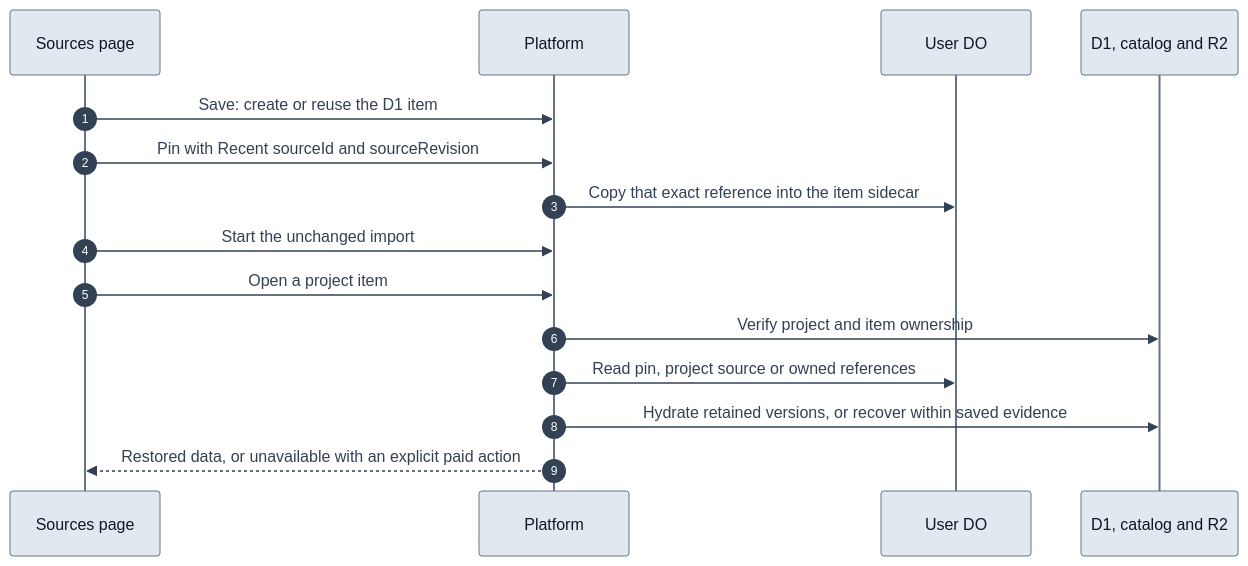
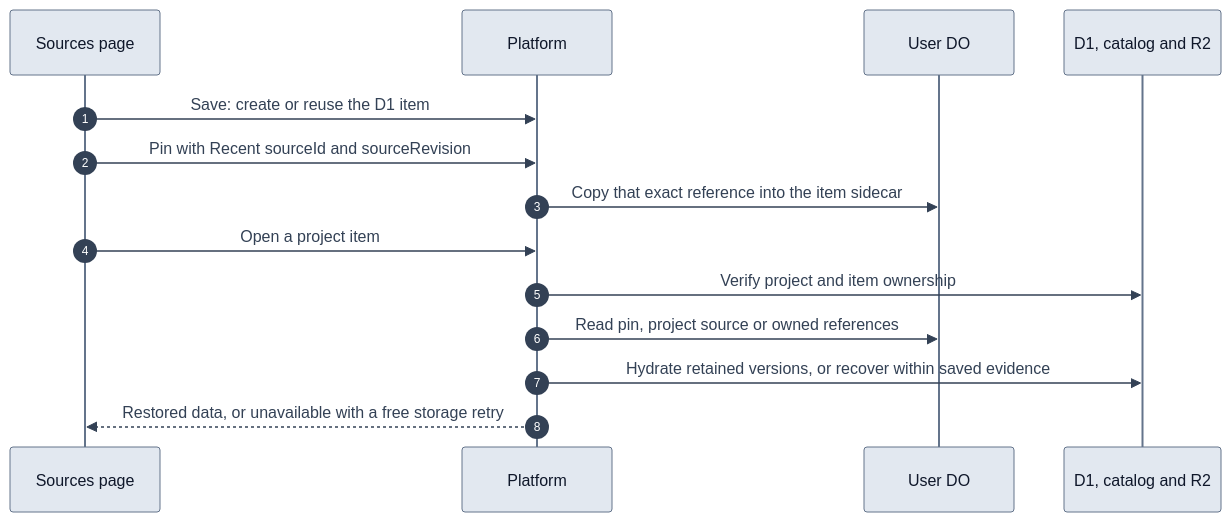
Before and after one commit to devhims/video2ctx: the second of 2 diagrams in reference/engineering/SOURCE_HISTORY.md, drawn with Mermaid. The commit also changed other lines of this file and 14 other files, not shown here.

````diff
--- a/reference/engineering/SOURCE_HISTORY.md
+++ b/reference/engineering/SOURCE_HISTORY.md
@@ -68,18 +68,17 @@
 ```mermaid
 %%{init: {'theme':'base','themeVariables':{'background':'#ffffff','actorBkg':'#e2e8f0','actorTextColor':'#0f172a','actorBorder':'#64748b','signalColor':'#334155','signalTextColor':'#334155','sequenceNumberColor':'#ffffff','noteBkgColor':'#f1f5f9','noteTextColor':'#0f172a'}}}%%
 sequenceDiagram
     autonumber
     participant UI as Sources page
     participant App as Platform
     participant User as User DO
     participant Store as D1, catalog and R2
     UI->>App: Save: create or reuse the D1 item
     UI->>App: Pin with Recent sourceId and sourceRevision
     App->>User: Copy that exact reference into the item sidecar
-    UI->>App: Start the unchanged import
     UI->>App: Open a project item
     App->>Store: Verify project and item ownership
     App->>User: Read pin, project source or owned references
     App->>Store: Hydrate retained versions, or recover within saved evidence
-    App-->>UI: Restored data, or unavailable with an explicit paid action
+    App-->>UI: Restored data, or unavailable with a free storage retry
 ```
````
